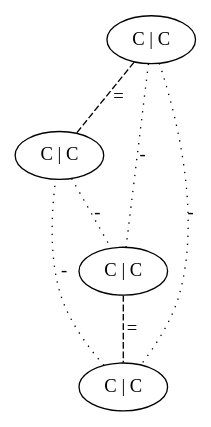
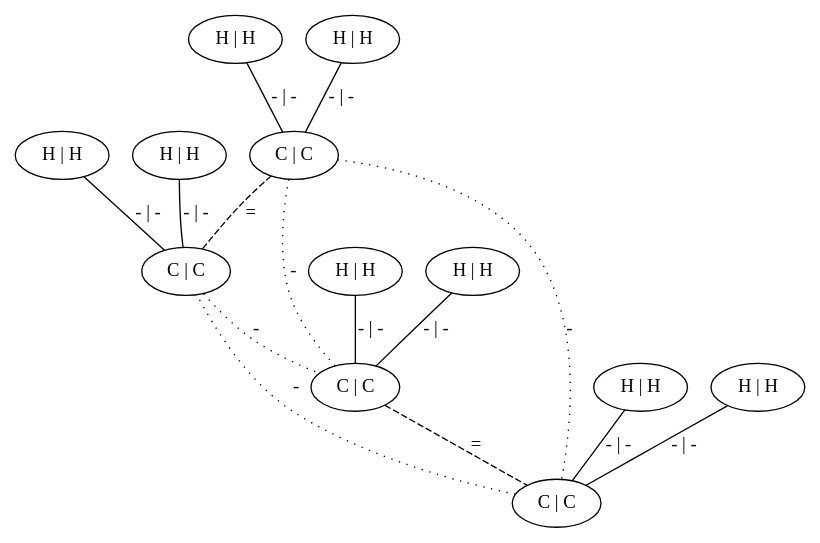
Before and after one commit to lazh01/keminf2: the diagram in assignment2/Option1_Atom-Atom/out/008_r_16_combined.dot, drawn with Graphviz. The commit also changed 62 other files, not shown here.

```diff
--- a/assignment2/Option1_Atom-Atom/out/008_r_16_combined.dot
+++ b/assignment2/Option1_Atom-Atom/out/008_r_16_combined.dot
@@ -1,12 +1,28 @@
 graph G {
 	0 [ label="C | C" ]
 	1 [ label="C | C" ]
-	2 [ label="C | C" ]
-	3 [ label="C | C" ]
+	2 [ label="H | H" ]
+	3 [ label="H | H" ]
+	4 [ label="H | H" ]
+	5 [ label="H | H" ]
+	6 [ label="C | C" ]
+	7 [ label="C | C" ]
+	8 [ label="H | H" ]
+	9 [ label="H | H" ]
+	10 [ label="H | H" ]
+	11 [ label="H | H" ]
 	1 -- 0 [ style=dashed label="=" ]
-	3 -- 2 [ style=dashed label="=" ]
-	0 -- 3 [ style=dotted label="-" ]
-	2 -- 0 [ style=dotted label="-" ]
-	1 -- 3 [ style=dotted label="-" ]
-	1 -- 2 [ style=dotted label="-" ]
+	2 -- 0 [ label="- | -" ]
+	3 -- 0 [ label="- | -" ]
+	4 -- 1 [ label="- | -" ]
+	5 -- 1 [ label="- | -" ]
+	7 -- 6 [ style=dashed label="=" ]
+	8 -- 6 [ label="- | -" ]
+	9 -- 6 [ label="- | -" ]
+	10 -- 7 [ label="- | -" ]
+	11 -- 7 [ label="- | -" ]
+	0 -- 7 [ style=dotted label="-" ]
+	6 -- 0 [ style=dotted label="-" ]
+	1 -- 7 [ style=dotted label="-" ]
+	1 -- 6 [ style=dotted label="-" ]
 }
```
